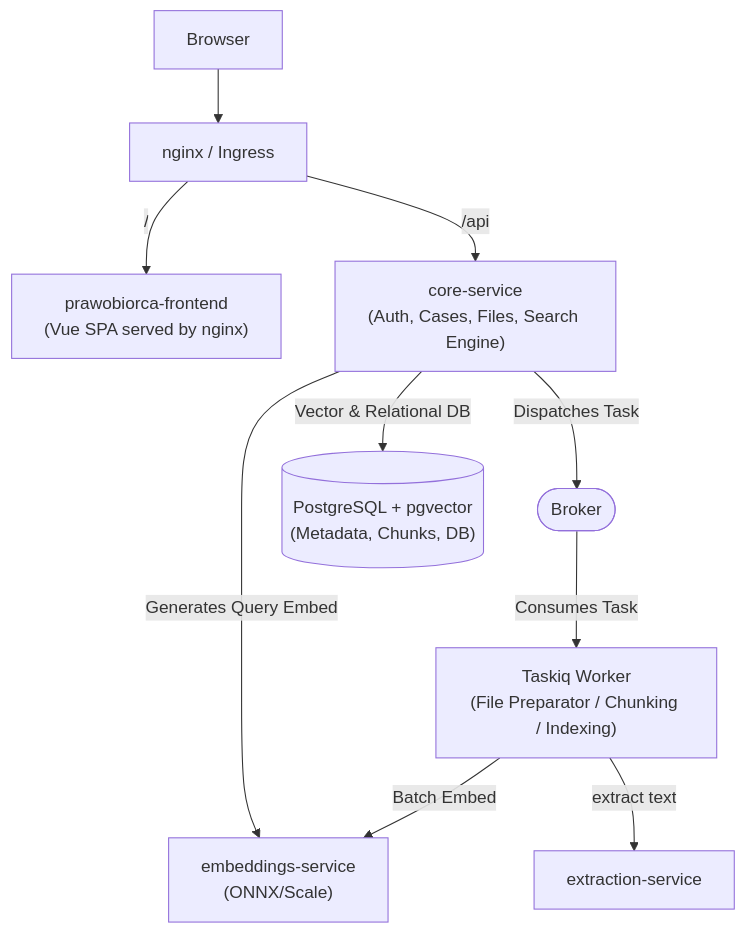
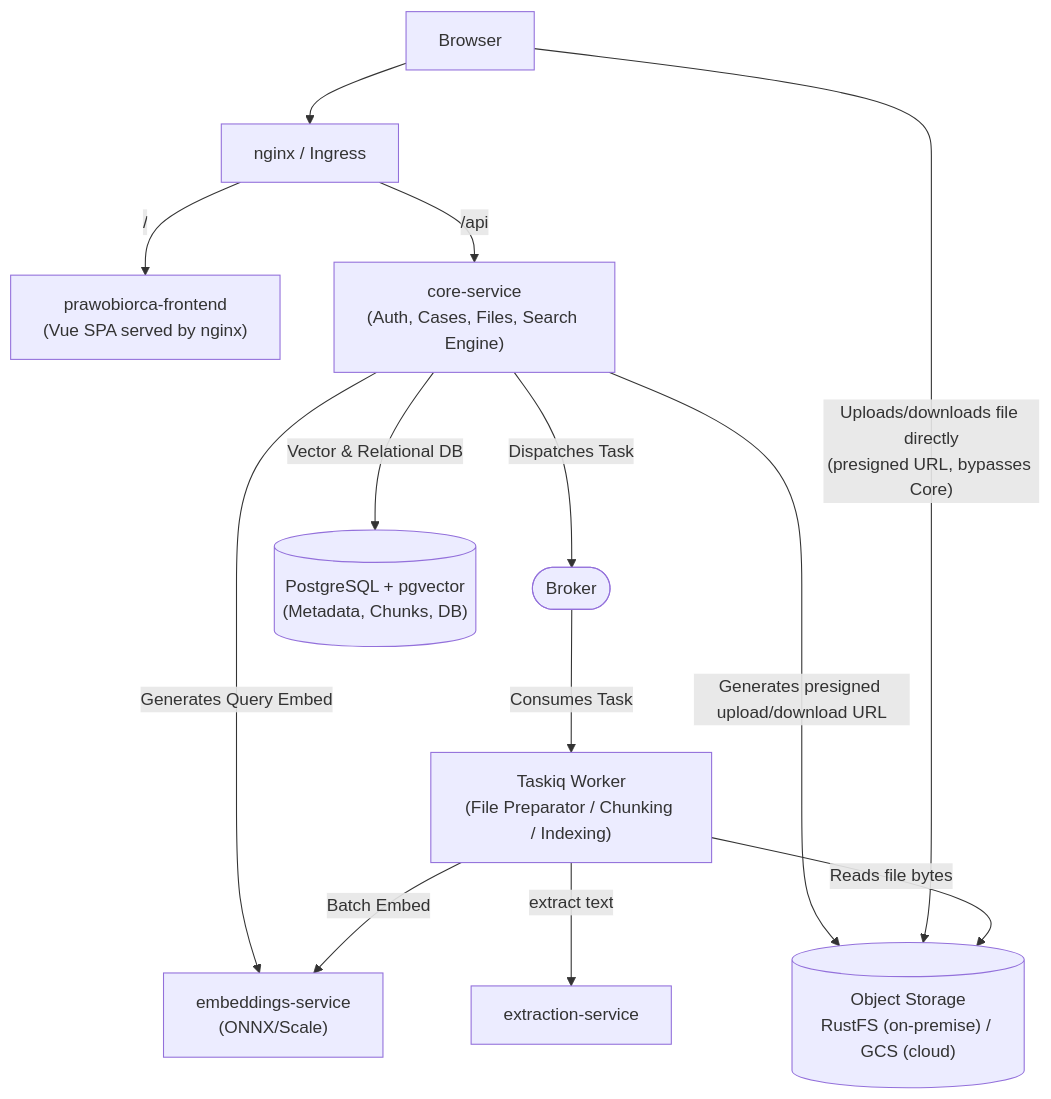
One commit to ErykMikolajewicz/prawobiorca-backend changed the first of 2 diagrams in docs/architecture/architecture.md. Above: the diagram before and after it, drawn with Mermaid. The commit also changed other lines of this file and 3 other files, not shown here.

Commit message:
docs: update information about object storage

````diff
--- a/docs/architecture/architecture.md
+++ b/docs/architecture/architecture.md
@@ -19,22 +19,26 @@
 ```mermaid
 flowchart TD
     Browser["Browser"]
     Ingress["nginx / Ingress"]
     Frontend["prawobiorca-frontend<br/>(Vue SPA served by nginx)"]
     Core["core-service<br/>(Auth, Cases, Files, Search Engine)"]
     Broker(["Broker"])
     Worker["Taskiq Worker<br/>(File Preparator / Chunking / Indexing)"]
     Embeddings["embeddings-service<br/>(ONNX/Scale)"]
     Extraction["extraction-service"]
     DB[("PostgreSQL + pgvector<br/>(Metadata, Chunks, DB)")]
+    Storage[("Object Storage<br/>RustFS (on-premise) / GCS (cloud)")]
 
     Browser --> Ingress
     Ingress -->|"/"| Frontend
     Ingress -->|"/api"| Core
     Core -->|Dispatches Task| Broker
     Core -->|Generates Query Embed| Embeddings
     Core -->|Vector & Relational DB| DB
+    Core -->|"Generates presigned upload/download URL"| Storage
+    Browser -->|"Uploads/downloads file directly<br/>(presigned URL, bypasses Core)"| Storage
     Broker -->|Consumes Task| Worker
     Worker -->|Batch Embed| Embeddings
     Worker -->|extract text| Extraction
+    Worker -->|Reads file bytes| Storage
 ```
````
